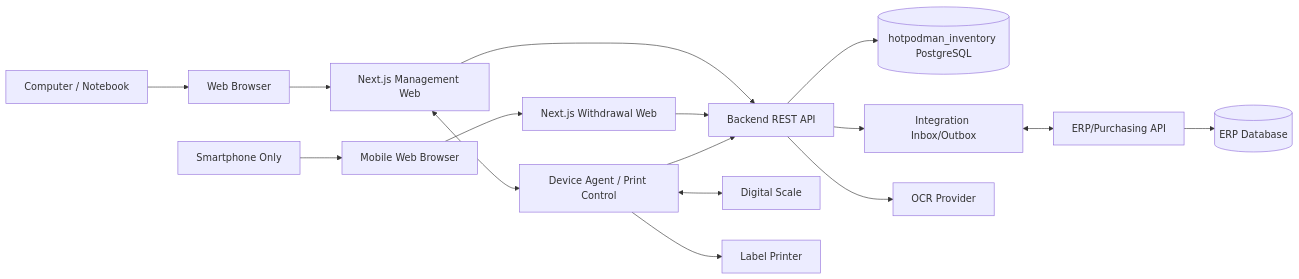
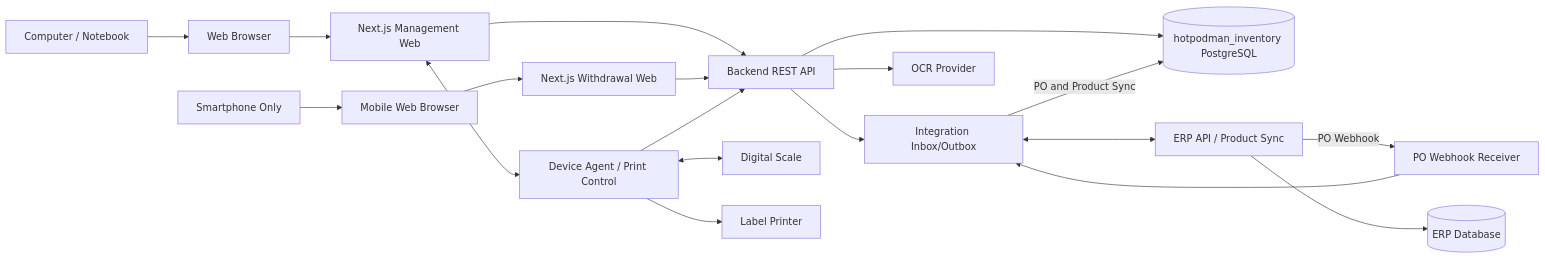
One commit to thisadee2897/requirements changed the first of 3 diagrams in HOTPODMAN/technical.md. Above: the diagram before and after it, drawn with Mermaid. The commit also changed other lines of this file and 3 other files, not shown here.

````diff
--- a/HOTPODMAN/technical.md
+++ b/HOTPODMAN/technical.md
@@ -42,18 +43,21 @@
 ```mermaid
 flowchart LR
     M[Computer / Notebook] --> MB[Web Browser]
     MB --> MW[Next.js Management Web]
     W[Smartphone Only] --> WB[Mobile Web Browser]
     WB --> WW[Next.js Withdrawal Web]
     MW --> API[Backend REST API]
     WW --> API
     API --> DB[(hotpodman_inventory PostgreSQL)]
     API --> IQ[Integration Inbox/Outbox]
-    IQ <--> ERPAPI[ERP/Purchasing API]
+    IQ <--> ERPAPI[ERP API / Product Sync]
+    ERPAPI -->|PO Webhook| WH[PO Webhook Receiver]
+    WH --> IQ
+    IQ -->|PO and Product Sync| DB
     ERPAPI --> ERPDB[(ERP Database)]
     API --> OCR[OCR Provider]
     MW <--> DA[Device Agent / Print Control]
     DA <--> SC[Digital Scale]
     DA --> LP[Label Printer]
     DA --> API
 ```
````
